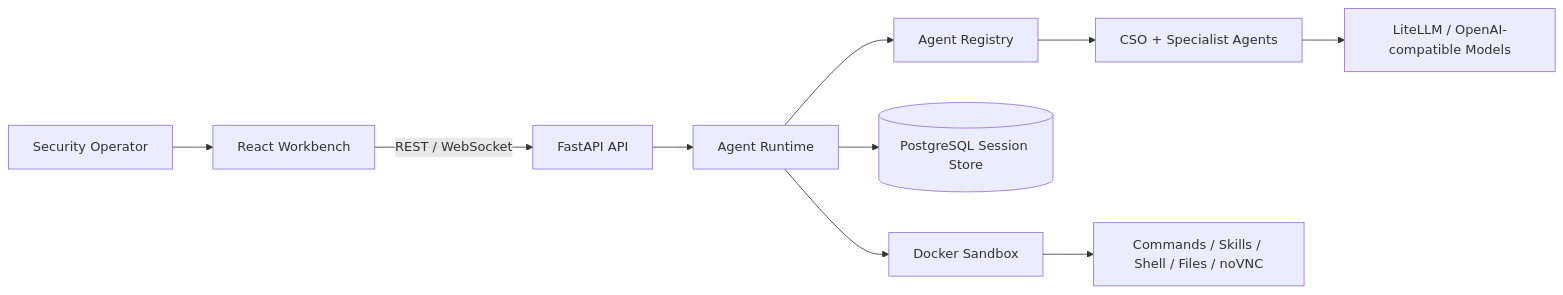
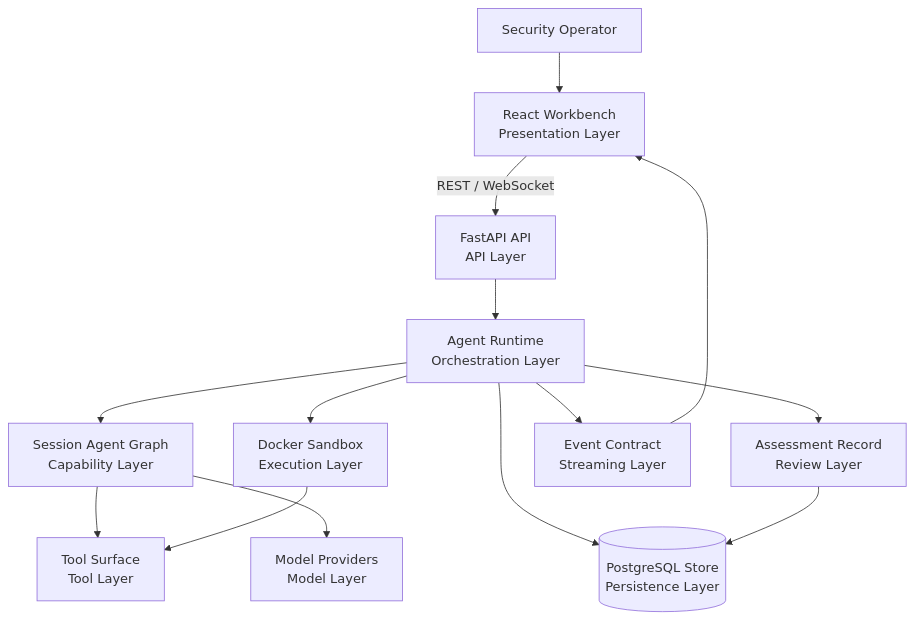
One commit to MagicTooooools/Z3r0 changed the first of 5 diagrams in README.md. Above: the diagram before and after it, drawn with Mermaid. The commit also changed other lines of this file and 3 other files, not shown here.

````diff
--- a/README.md
+++ b/README.md
@@ -40,12 +31,28 @@
 ```mermaid
-flowchart LR
-  User["Security Operator"] --> Web["React Workbench"]
-  Web -->|REST / WebSocket| API["FastAPI API"]
-  API --> Runtime["Agent Runtime"]
-  Runtime --> Registry["Agent Registry"]
-  Registry --> Team["CSO + Specialist Agents"]
-  Team --> LLM["LiteLLM / OpenAI-compatible Models"]
-  Runtime --> Store[("PostgreSQL Session Store")]
-  Runtime --> Sandbox["Docker Sandbox"]
-  Sandbox --> Tools["Commands / Skills / Shell / Files / noVNC"]
+flowchart TB
+  Operator["Security Operator"]
+  Workbench["React Workbench<br/>Presentation Layer"]
+  API["FastAPI API<br/>API Layer"]
+  Runtime["Agent Runtime<br/>Orchestration Layer"]
+  Graph["Session Agent Graph<br/>Capability Layer"]
+  Record["Assessment Record<br/>Review Layer"]
+  Sandbox["Docker Sandbox<br/>Execution Layer"]
+  Tools["Tool Surface<br/>Tool Layer"]
+  Models["Model Providers<br/>Model Layer"]
+  Events["Event Contract<br/>Streaming Layer"]
+  Store[("PostgreSQL Store<br/>Persistence Layer")]
+
+  Operator --> Workbench
+  Workbench -->|REST / WebSocket| API
+  API --> Runtime
+  Runtime --> Graph
+  Runtime --> Record
+  Runtime --> Sandbox
+  Runtime --> Events
+  Runtime --> Store
+  Graph --> Tools
+  Graph --> Models
+  Sandbox --> Tools
+  Record --> Store
+  Events --> Workbench
 ```
````
